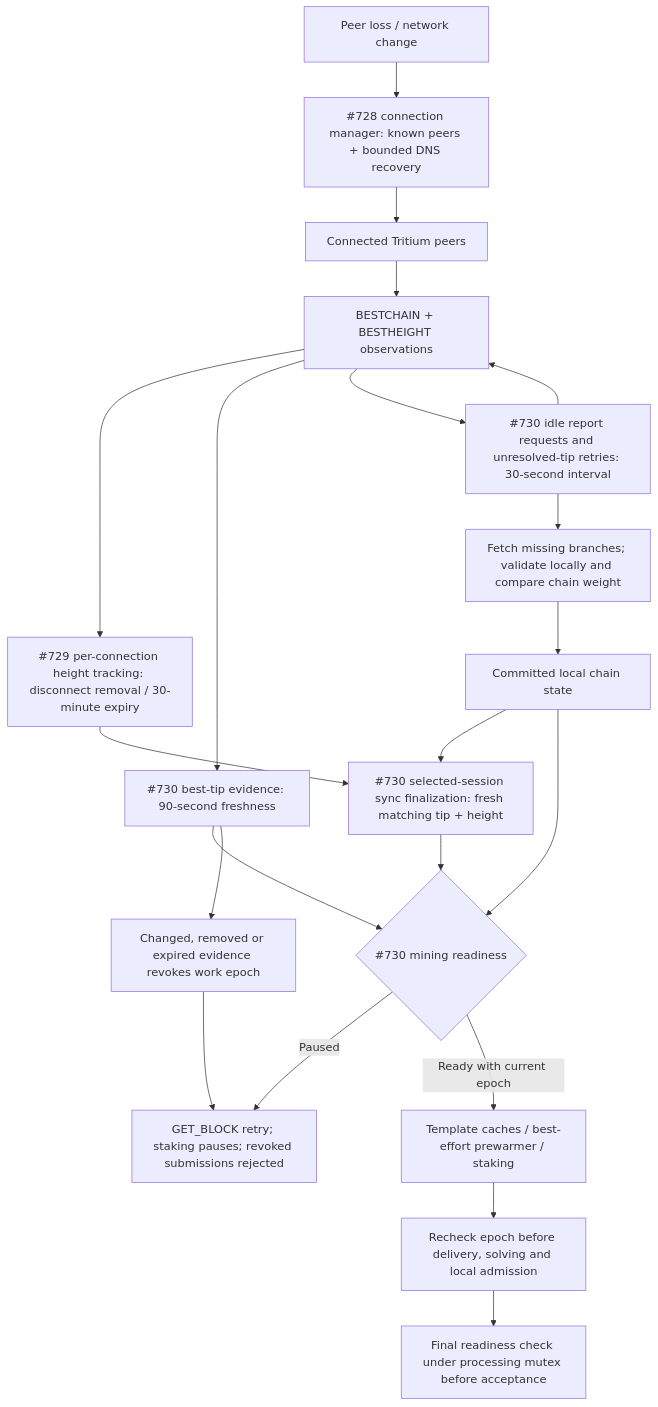
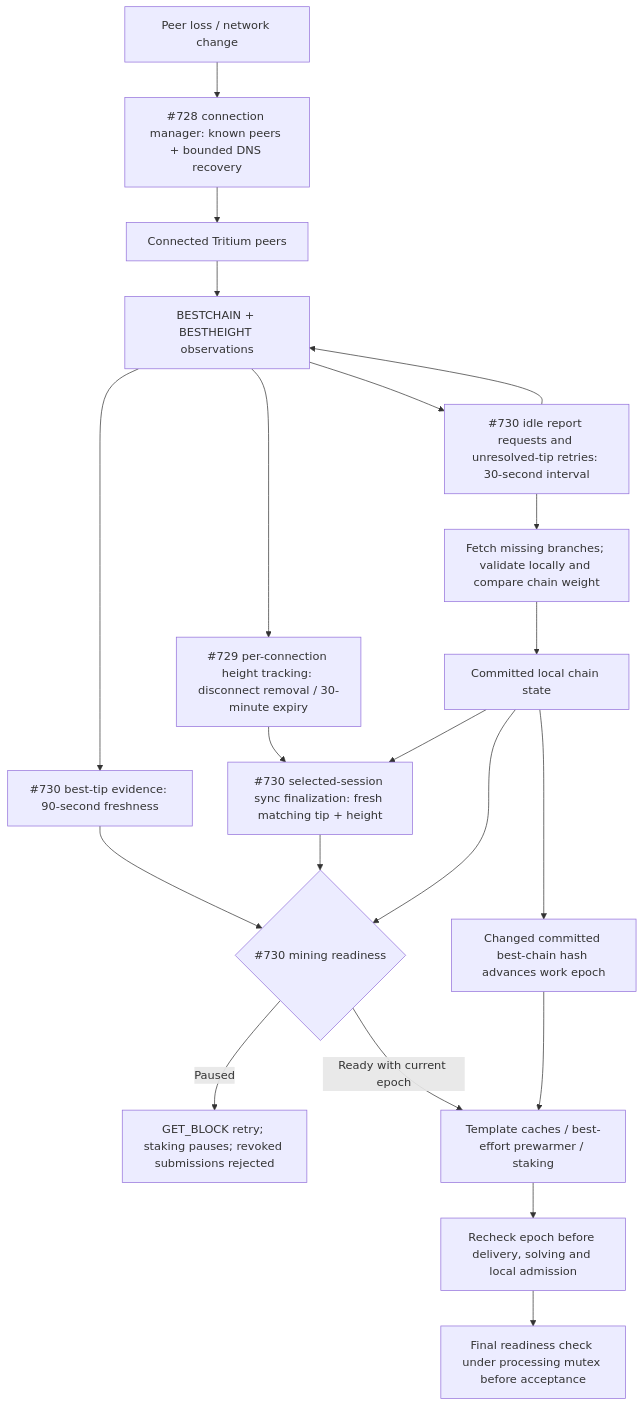
Before and after one commit to Nexusoft/LLL-TAO: the diagram in docs/current/mining/recent-changes-summary.md, drawn with Mermaid. The commit also changed other lines of this file and 11 other files, not shown here.

First line of the commit message:
Tie mining work epochs to committed best-chain transitions

````diff
--- a/docs/current/mining/recent-changes-summary.md
+++ b/docs/current/mining/recent-changes-summary.md
@@ -34,23 +34,23 @@
 ```mermaid
 flowchart TD
     A["Peer loss / network change"] --> B["#728 connection manager: known peers + bounded DNS recovery"]
     B --> C["Connected Tritium peers"]
     C --> D["BESTCHAIN + BESTHEIGHT observations"]
     D --> E["#729 per-connection height tracking: disconnect removal / 30-minute expiry"]
     D --> F["#730 best-tip evidence: 90-second freshness"]
     D --> G["#730 idle report requests and unresolved-tip retries: 30-second interval"]
     G --> D
     G --> H["Fetch missing branches; validate locally and compare chain weight"]
     H --> I["Committed local chain state"]
     E --> J["#730 selected-session sync finalization: fresh matching tip + height"]
     I --> J
     F --> K{"#730 mining readiness"}
     J --> K
     I --> K
     K -->|"Paused"| L["GET_BLOCK retry; staking pauses; revoked submissions rejected"]
     K -->|"Ready with current epoch"| M["Template caches / best-effort prewarmer / staking"]
     M --> N["Recheck epoch before delivery, solving and local admission"]
     N --> O["Final readiness check under processing mutex before acceptance"]
-    F --> P["Changed, removed or expired evidence revokes work epoch"]
-    P --> L
+    I --> P["Changed committed best-chain hash advances work epoch"]
+    P --> M
 ```
````
